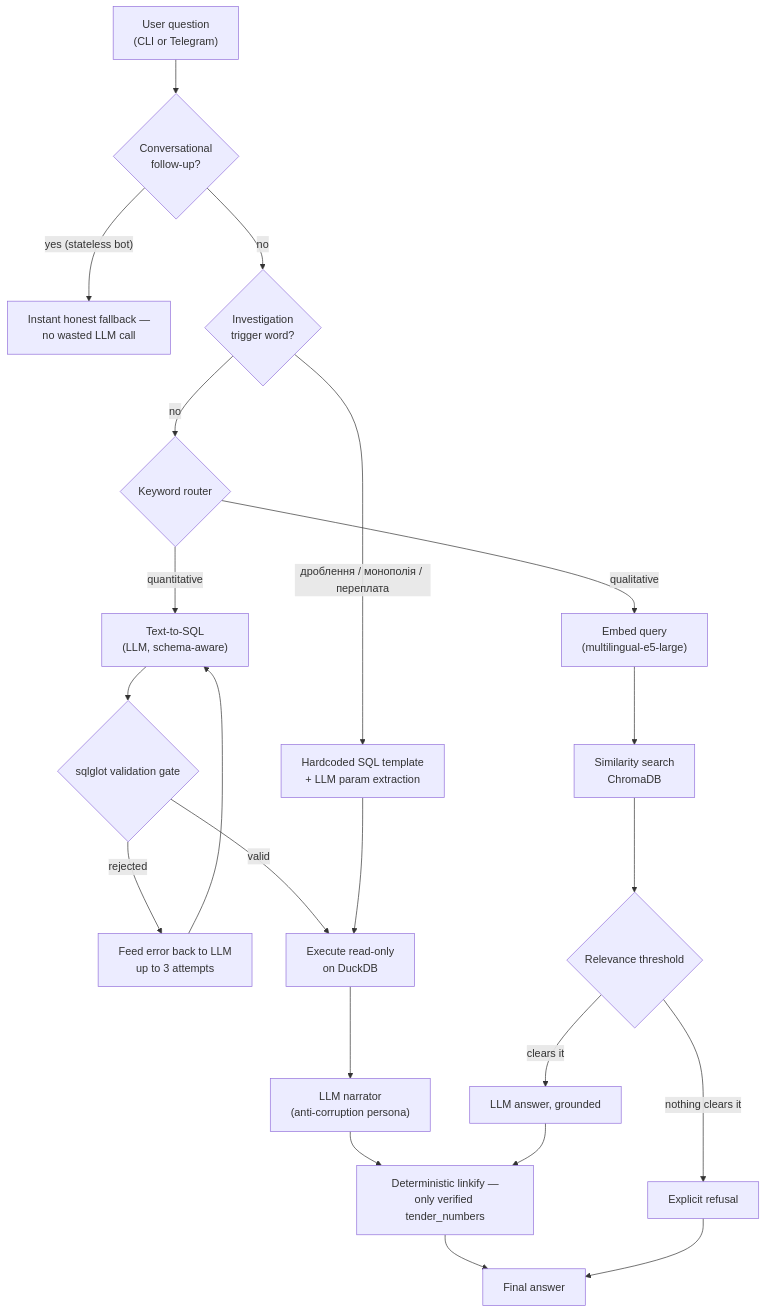
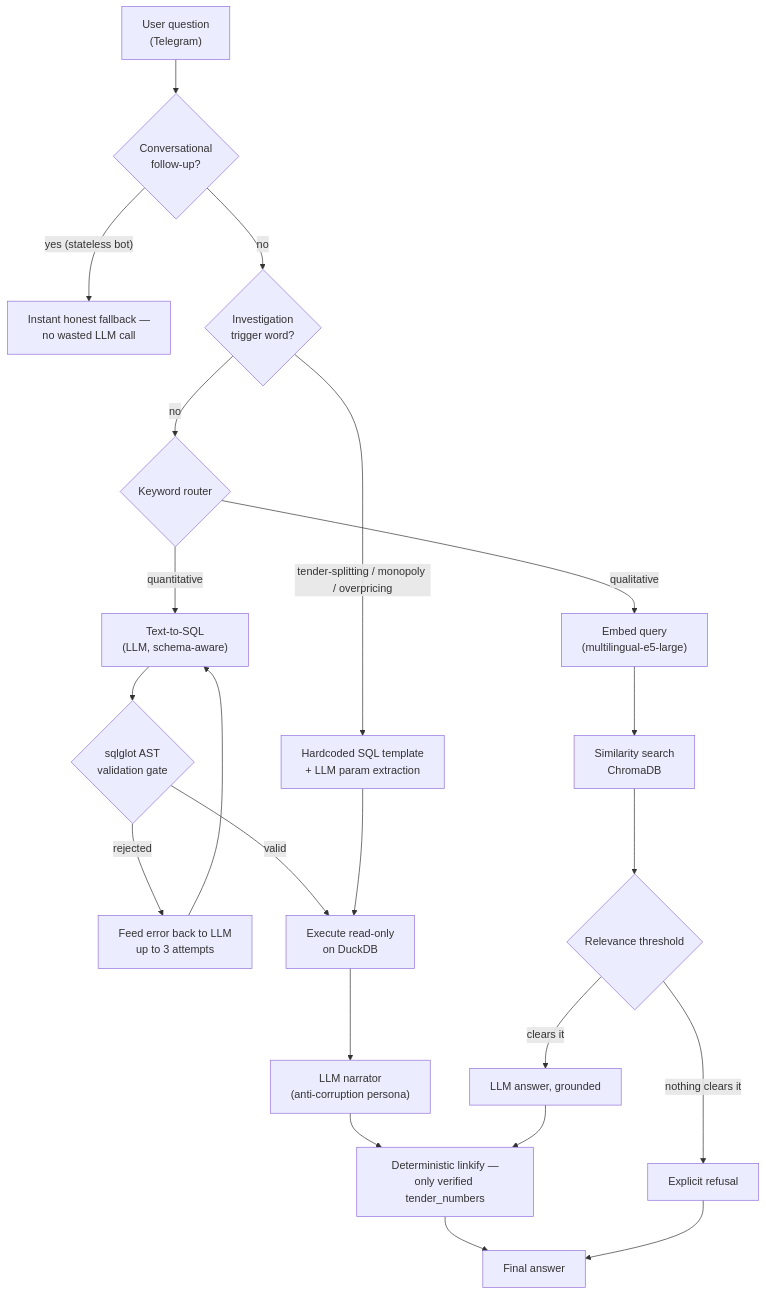
The diagram in README.md (Yehor2007/prozorro-defense-ai), drawn with Mermaid before and after one commit. The commit also changed other lines of this file and 1 other file, not shown here.

````diff
--- a/README.md
+++ b/README.md
@@ -24,29 +67,29 @@
 ```mermaid
 flowchart TD
-    U["User question<br/>(CLI or Telegram)"] --> FU{"Conversational<br/>follow-up?"}
+    U["User question<br/>(Telegram)"] --> FU{"Conversational<br/>follow-up?"}
     FU -->|"yes (stateless bot)"| SF["Instant honest fallback —<br/>no wasted LLM call"]
     FU -->|no| INV{"Investigation<br/>trigger word?"}
 
-    INV -->|"дроблення / монополія / переплата"| TPL["Hardcoded SQL template<br/>+ LLM param extraction"]
+    INV -->|"tender-splitting / monopoly / overpricing"| TPL["Hardcoded SQL template<br/>+ LLM param extraction"]
     INV -->|no| R{"Keyword router"}
 
     R -->|quantitative| SQLGEN["Text-to-SQL<br/>(LLM, schema-aware)"]
     R -->|qualitative| EMB["Embed query<br/>(multilingual-e5-large)"]
 
-    SQLGEN --> GATE{"sqlglot validation gate"}
+    SQLGEN --> GATE{"sqlglot AST<br/>validation gate"}
     GATE -->|rejected| RETRY["Feed error back to LLM<br/>up to 3 attempts"]
     RETRY --> SQLGEN
     GATE -->|valid| EXEC["Execute read-only<br/>on DuckDB"]
     TPL --> EXEC
 
     EXEC --> NARRATE["LLM narrator<br/>(anti-corruption persona)"]
     EMB --> SEARCH["Similarity search<br/>ChromaDB"]
     SEARCH --> THRESH{"Relevance threshold"}
     THRESH -->|nothing clears it| REFUSE["Explicit refusal"]
     THRESH -->|clears it| ANSWER["LLM answer, grounded"]
 
     NARRATE --> LINK["Deterministic linkify —<br/>only verified tender_numbers"]
     ANSWER --> LINK
     LINK --> OUT["Final answer"]
     REFUSE --> OUT
 ```
````
